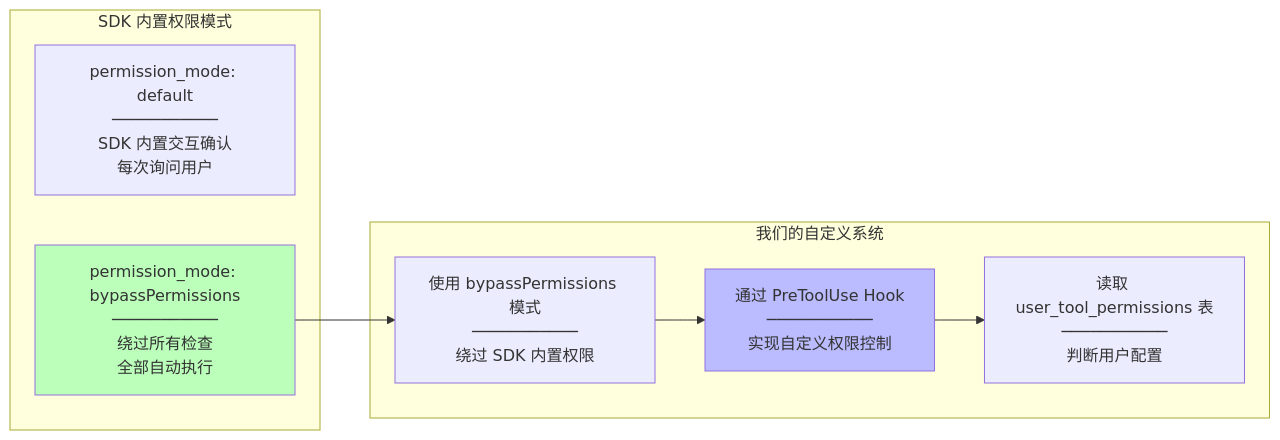
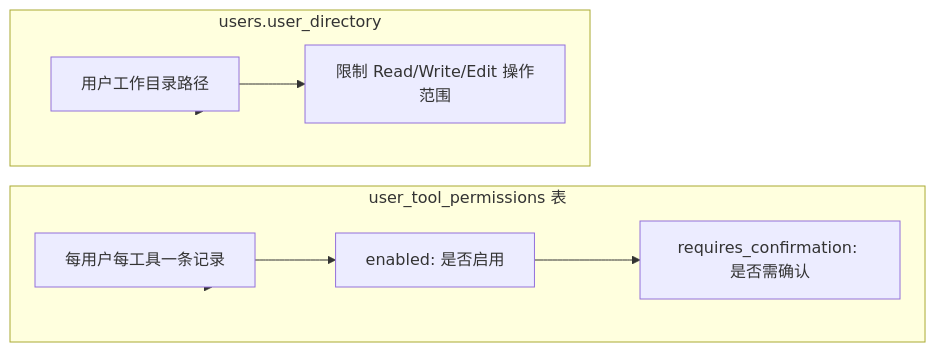
Diagram 24 of 37 in agent/agent_project_design_1.md (xiaocaipi/mm-doc), drawn with Mermaid before and after one commit. The commit also changed other lines of this file, not shown here.

````diff
--- a/agent/agent_project_design_1.md
+++ b/agent/agent_project_design_1.md
@@ -1314,20 +1313,16 @@
 ```mermaid
-flowchart LR
-    subgraph SDK_MODE["SDK 内置权限模式"]
-        M1["permission_mode: default<br/>───────────<br/>SDK 内置交互确认<br/>每次询问用户"]
-        M2["permission_mode: bypassPermissions<br/>───────────<br/>绕过所有检查<br/>全部自动执行"]
+graph LR
+    subgraph TABLE["user_tool_permissions 表"]
+        T1["每用户每工具一条记录"]
+        T2["enabled: 是否启用"]
+        T3["requires_confirmation: 是否需确认"]
     end
     
-    subgraph OUR_SYSTEM["我们的自定义系统"]
-        S1["使用 bypassPermissions 模式<br/>───────────<br/>绕过 SDK 内置权限"]
-        S2["通过 PreToolUse Hook<br/>───────────<br/>实现自定义权限控制"]
-        S3["读取 user_tool_permissions 表<br/>───────────<br/>判断用户配置"]
+    subgraph DIR["users.user_directory"]
+        D1["用户工作目录路径"]
+        D2["限制 Read/Write/Edit 操作范围"]
     end
     
-    M2 --> S1
-    S1 --> S2
-    S2 --> S3
-    
-    style M2 fill:#bfb
-    style S2 fill:#bbf
+    TABLE --> T1 --> T2 --> T3
+    DIR --> D1 --> D2
 ```
````
